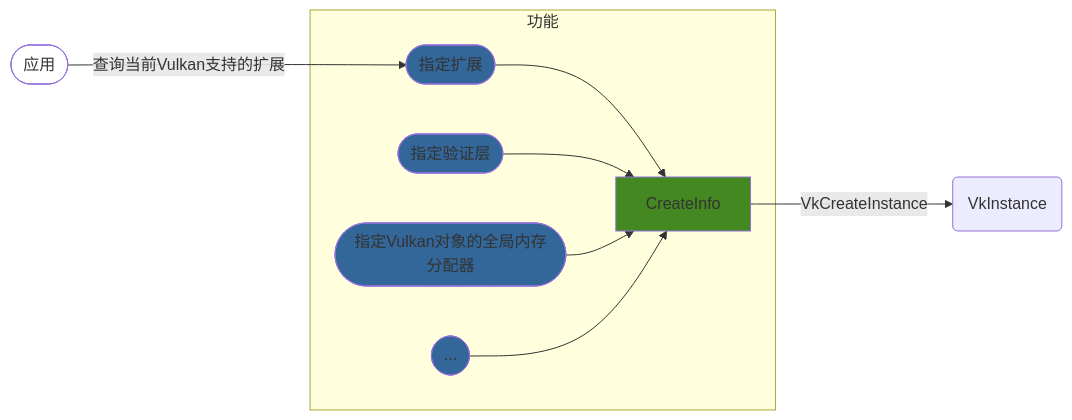
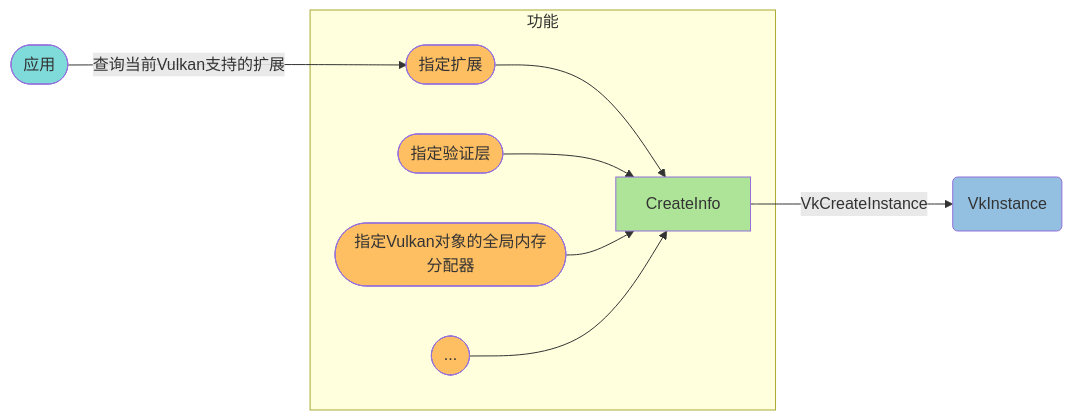
The second of 3 diagrams in graphics/vulkan/Overview.md (yslib/mynotes), drawn with Mermaid before and after one commit. The commit also changed other lines of this file and 1 other file, not shown here.

````diff
--- a/graphics/vulkan/Overview.md
+++ b/graphics/vulkan/Overview.md
@@ -33,20 +34,21 @@
 ```mermaid
 graph LR
 linkStyle default interpolate basis
 ci[CreateInfo]
-i(VkInstance)
+i(VkInstance):::vkobj
 o([应用]):::none--查询当前Vulkan支持的扩展-->b([指定扩展]):::field
 subgraph 功能
 b -->ci:::cistyle
 c([指定验证层]):::field-->ci
 d([指定Vulkan对象的全局内存分配器]):::field-->ci
 z([...]):::field-->ci
 end
 
 ci--VkCreateInstance-->i
 
-classDef field fill:#369
-classDef cistyle fill:#482
-classDef none fill:#0000
+classDef vkobj fill:#93BFE1
+classDef field fill:#FEBF63
+classDef cistyle fill:#ADE498
+classDef none fill:#7FDBDA
 
 ```
````
